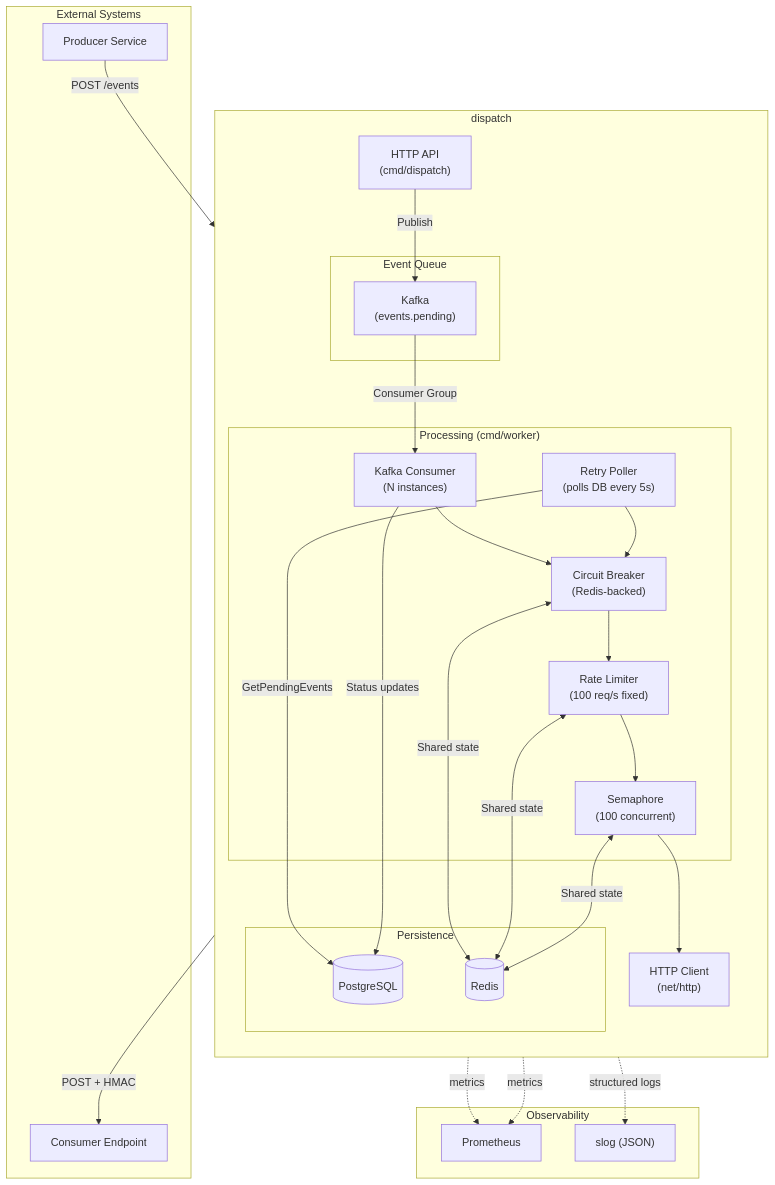
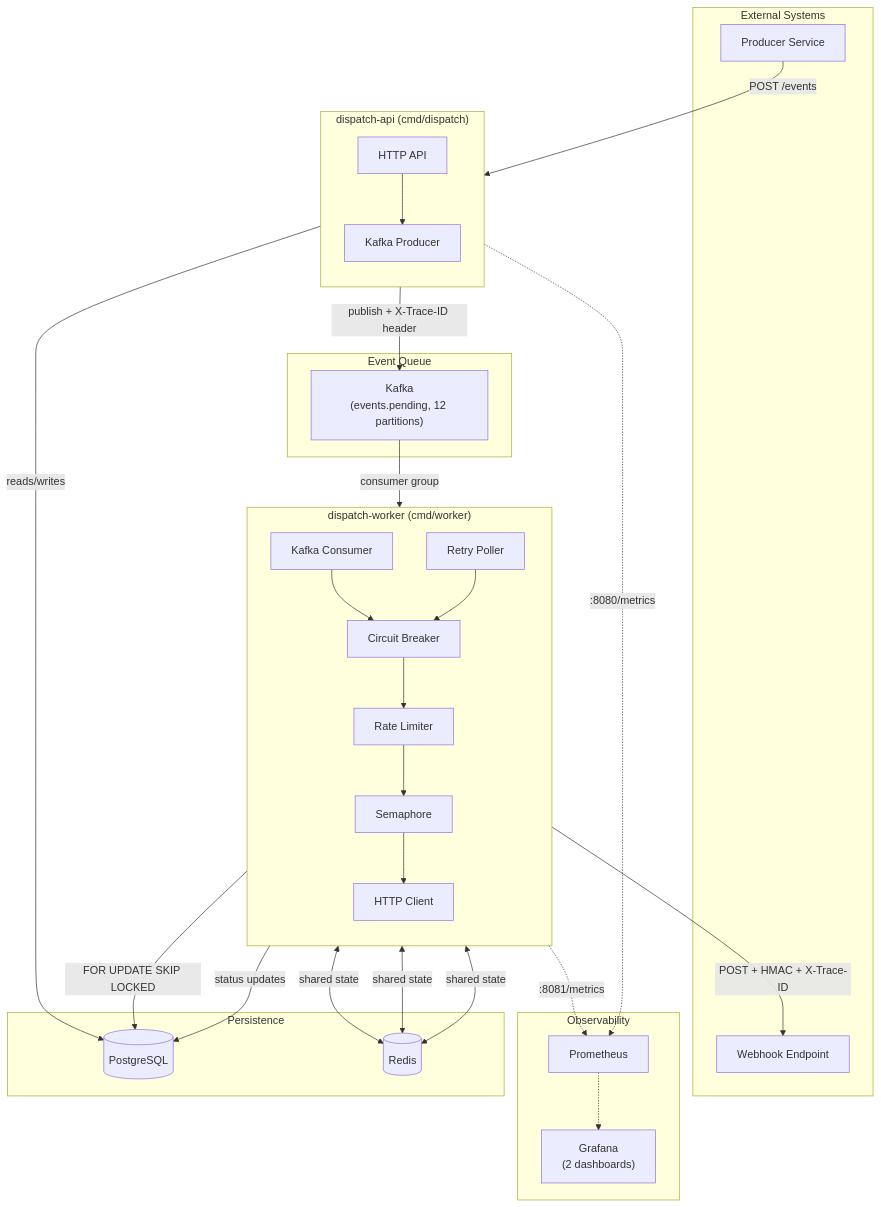
The first of 12 diagrams in docs/architecture.md (felipepmaragno/webhook-service), drawn with Mermaid before and after one commit. The commit also changed other lines of this file and 21 other files, not shown here.

````diff
--- a/docs/architecture.md
+++ b/docs/architecture.md
@@ -7,55 +7,58 @@
 ```mermaid
 flowchart TB
     subgraph External["External Systems"]
         Producer["Producer Service"]
-        Consumer["Consumer Endpoint"]
+        Consumer["Webhook Endpoint"]
     end
 
-    subgraph Dispatch["dispatch"]
+    subgraph API["dispatch-api (cmd/dispatch)"]
         direction TB
-        API["HTTP API<br/>(cmd/dispatch)"]
-        
-        subgraph Queue["Event Queue"]
-            Kafka["Kafka<br/>(events.pending)"]
-        end
-        
-        subgraph Processing["Processing (cmd/worker)"]
-            Workers["Kafka Consumer<br/>(N instances)"]
-            RetryPoller["Retry Poller<br/>(polls DB every 5s)"]
-            CB["Circuit Breaker<br/>(Redis-backed)"]
-            RL["Rate Limiter<br/>(100 req/s fixed)"]
-            Sem["Semaphore<br/>(100 concurrent)"]
-        end
-        
-        subgraph Storage["Persistence"]
-            DB[(PostgreSQL)]
-            Redis[(Redis)]
-        end
-        
-        Delivery["HTTP Client<br/>(net/http)"]
+        HTTPHandler["HTTP API"]
+        KafkaProducer["Kafka Producer"]
+    end
+
+    subgraph Queue["Event Queue"]
+        Kafka["Kafka<br/>(events.pending, 12 partitions)"]
+    end
+
+    subgraph Worker["dispatch-worker (cmd/worker)"]
+        direction TB
+        KafkaConsumer["Kafka Consumer"]
+        RetryPoller["Retry Poller"]
+        CB["Circuit Breaker"]
+        RL["Rate Limiter"]
+        Sem["Semaphore"]
+        Delivery["HTTP Client"]
+    end
+
+    subgraph Storage["Persistence"]
+        DB[(PostgreSQL)]
+        Redis[(Redis)]
     end
 
     subgraph Observability["Observability"]
-        Metrics["Prometheus"]
-        Logs["slog (JSON)"]
+        Prom["Prometheus"]
+        Grafana["Grafana<br/>(2 dashboards)"]
     end
 
-    Producer -->|"POST /events"| API
-    API -->|"Publish"| Kafka
-    Kafka -->|"Consumer Group"| Workers
-    Workers --> CB
-    RetryPoller -->|"GetPendingEvents"| DB
+    Producer -->|"POST /events"| HTTPHandler
+    HTTPHandler -->|"reads/writes"| DB
+    HTTPHandler --> KafkaProducer
+    KafkaProducer -->|"publish + X-Trace-ID header"| Kafka
+    Kafka -->|"consumer group"| KafkaConsumer
+    RetryPoller -->|"FOR UPDATE SKIP LOCKED"| DB
+    KafkaConsumer --> CB
     RetryPoller --> CB
     CB --> RL
     RL --> Sem
     Sem --> Delivery
-    Delivery -->|"POST + HMAC"| Consumer
-    Workers -->|"Status updates"| DB
-    CB <-->|"Shared state"| Redis
-    RL <-->|"Shared state"| Redis
-    Sem <-->|"Shared state"| Redis
-    
-    API -.->|metrics| Metrics
-    Workers -.->|metrics| Metrics
-    Delivery -.->|structured logs| Logs
+    Delivery -->|"POST + HMAC + X-Trace-ID"| Consumer
+    Delivery -->|"status updates"| DB
+    CB <-->|"shared state"| Redis
+    RL <-->|"shared state"| Redis
+    Sem <-->|"shared state"| Redis
+
+    API -.->|":8080/metrics"| Prom
+    Worker -.->|":8081/metrics"| Prom
+    Prom -.-> Grafana
 ```
````
